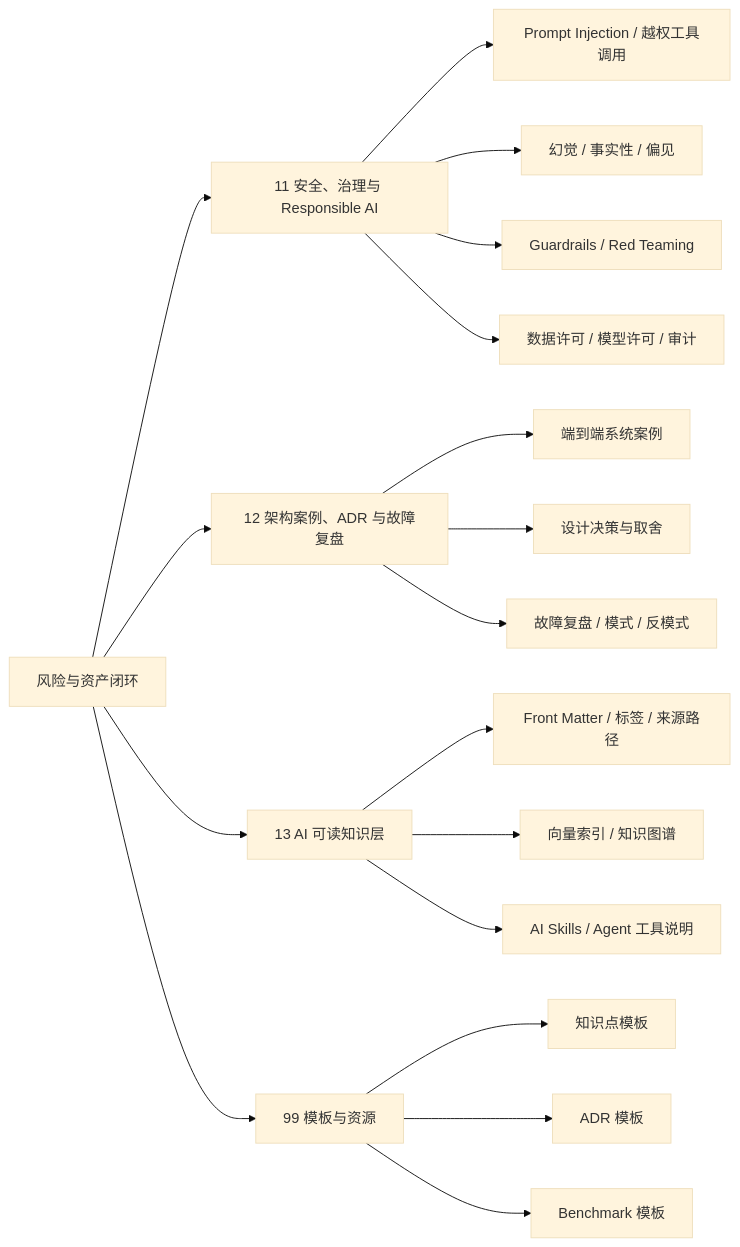
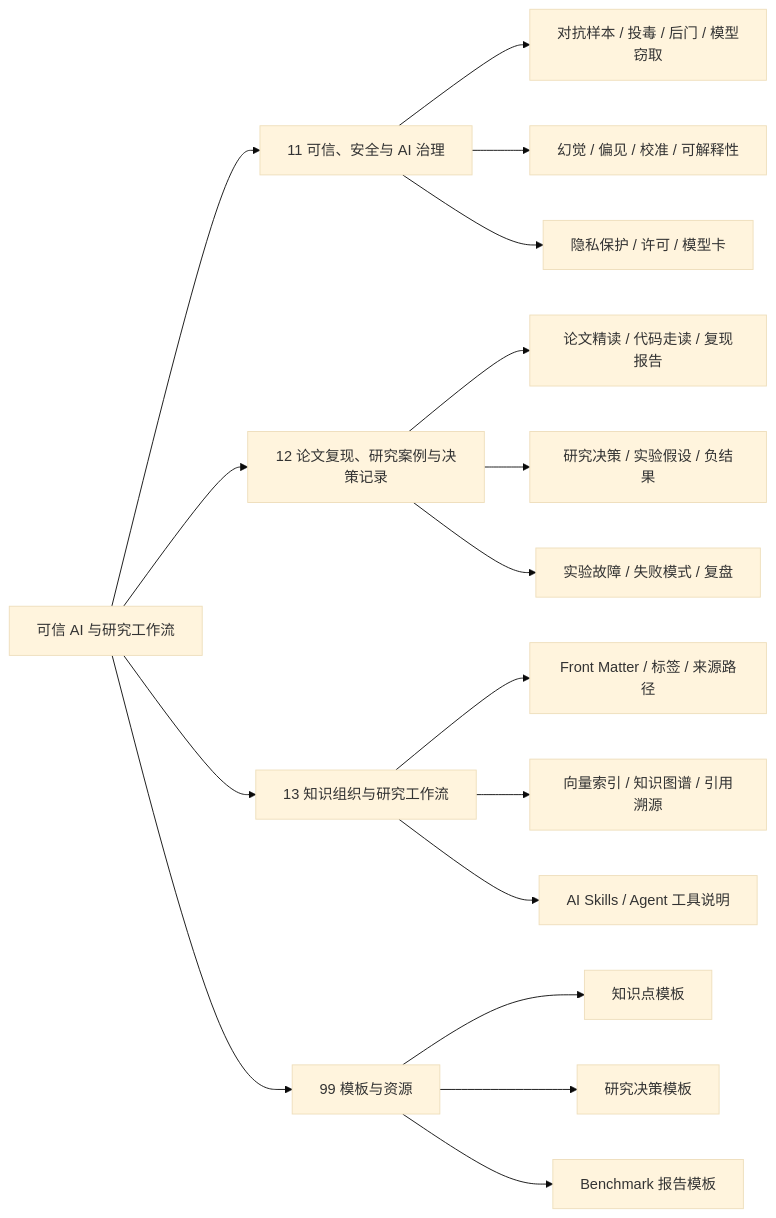
Before and after one commit to AmourSec/aikg: the sixth of 6 diagrams in docs/knowledge-map.md, drawn with Mermaid (base theme). The commit also changed other lines of this file and 22 other files, not shown here.

````diff
--- a/docs/knowledge-map.md
+++ b/docs/knowledge-map.md
@@ -165,29 +163,28 @@
 ```mermaid
 flowchart LR
-  S5["风险与资产闭环"] --> M11["11 安全、治理与 Responsible AI"]
-  S5 --> M12["12 架构案例、ADR 与故障复盘"]
-  S5 --> M13["13 AI 可读知识层"]
+  S5["可信 AI 与研究工作流"] --> M11["11 可信、安全与 AI 治理"]
+  S5 --> M12["12 论文复现、研究案例与决策记录"]
+  S5 --> M13["13 知识组织与研究工作流"]
   S5 --> M99["99 模板与资源"]
 
-  M11 --> K1["Prompt Injection / 越权工具调用"]
-  M11 --> K2["幻觉 / 事实性 / 偏见"]
-  M11 --> K3["Guardrails / Red Teaming"]
-  M11 --> K4["数据许可 / 模型许可 / 审计"]
+  M11 --> K1["对抗样本 / 投毒 / 后门 / 模型窃取"]
+  M11 --> K2["幻觉 / 偏见 / 校准 / 可解释性"]
+  M11 --> K3["隐私保护 / 许可 / 模型卡"]
 
-  M12 --> L1["端到端系统案例"]
-  M12 --> L2["设计决策与取舍"]
-  M12 --> L3["故障复盘 / 模式 / 反模式"]
+  M12 --> L1["论文精读 / 代码走读 / 复现报告"]
+  M12 --> L2["研究决策 / 实验假设 / 负结果"]
+  M12 --> L3["实验故障 / 失败模式 / 复盘"]
 
   M13 --> N1["Front Matter / 标签 / 来源路径"]
-  M13 --> N2["向量索引 / 知识图谱"]
+  M13 --> N2["向量索引 / 知识图谱 / 引用溯源"]
   M13 --> N3["AI Skills / Agent 工具说明"]
 
   M99 --> T1["知识点模板"]
-  M99 --> T2["ADR 模板"]
-  M99 --> T3["Benchmark 模板"]
+  M99 --> T2["研究决策模板"]
+  M99 --> T3["Benchmark 报告模板"]
 
-  click M11 "../11-safety-governance/" "打开安全、治理与 Responsible AI"
-  click M12 "../12-architecture-cases/" "打开架构案例、ADR 与故障复盘"
-  click M13 "../13-ai-indexing/" "打开 AI 可读知识层"
+  click M11 "../11-safety-governance/" "打开可信、安全与 AI 治理"
+  click M12 "../12-architecture-cases/" "打开论文复现、研究案例与决策记录"
+  click M13 "../13-ai-indexing/" "打开知识组织与研究工作流"
   click M99 "../99-templates/knowledge-note/" "打开模板"
 ```
````
